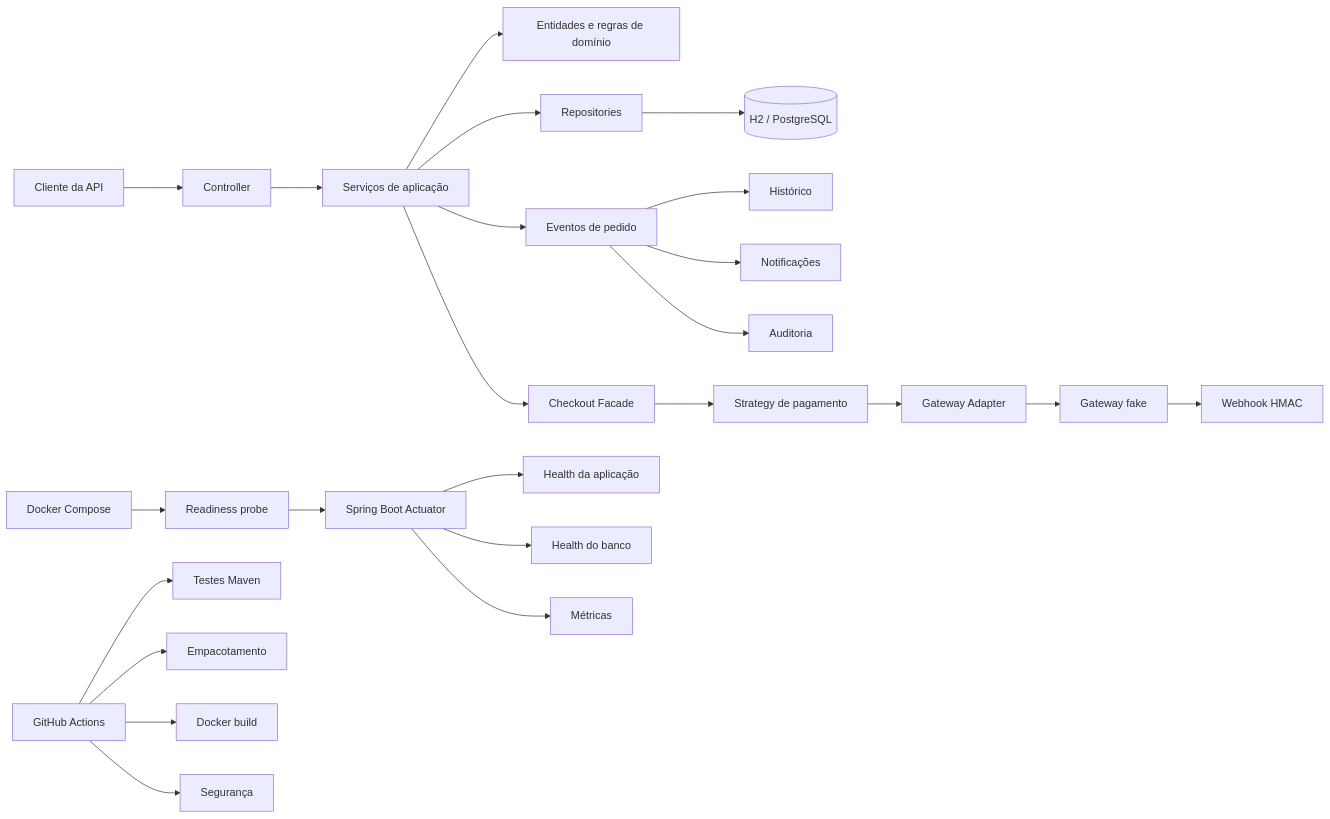
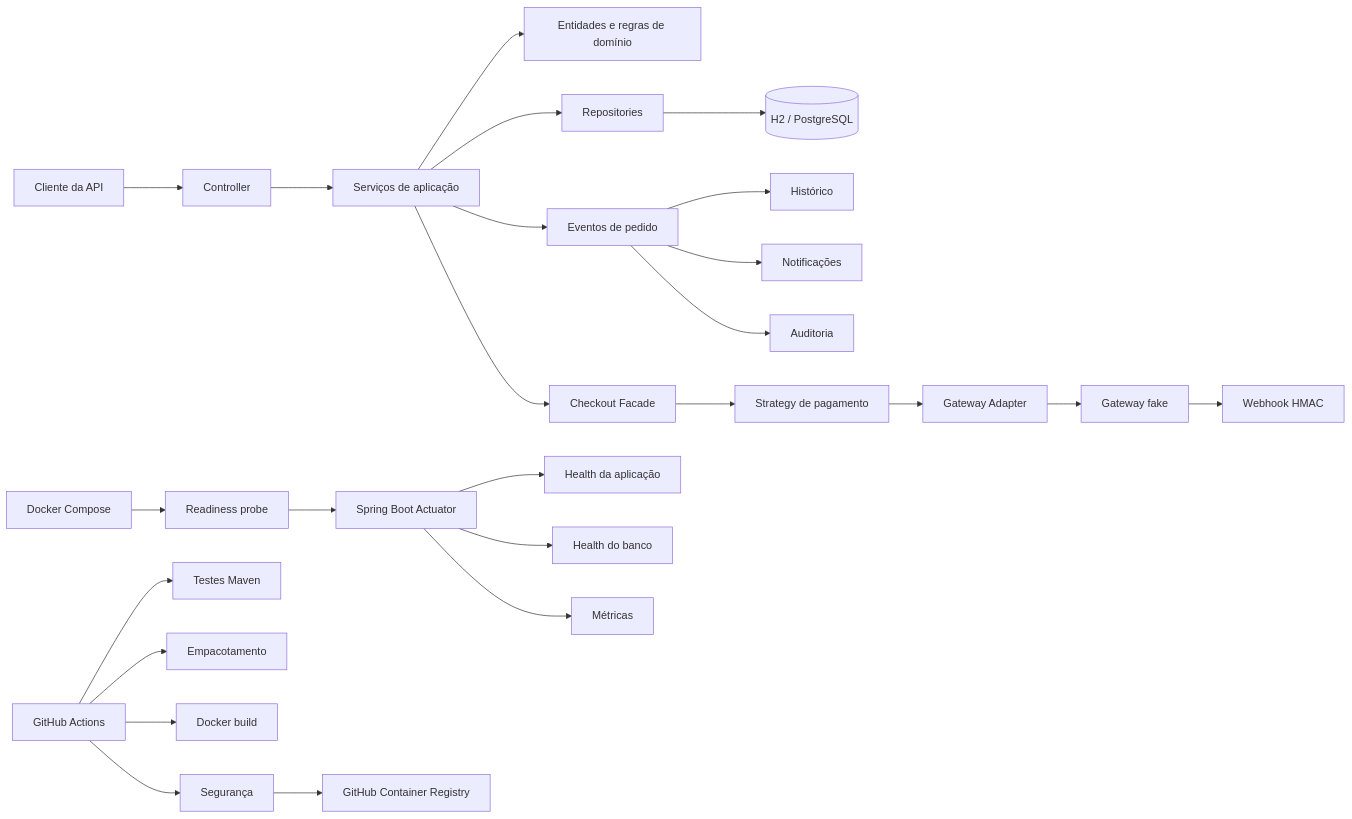
Before and after one commit to FilipeX97/api-de-pedidos: the diagram in README.md, drawn with Mermaid. The commit also changed other lines of this file and 3 other files, not shown here.

````diff
--- a/README.md
+++ b/README.md
@@ -59,31 +65,32 @@
 ```mermaid
 flowchart LR
     Cliente[Cliente da API] --> Controller
     Controller --> Service[Serviços de aplicação]
     Service --> Domain[Entidades e regras de domínio]
     Service --> Repository[Repositories]
     Repository --> Database[(H2 / PostgreSQL)]
 
     Service --> Events[Eventos de pedido]
     Events --> History[Histórico]
     Events --> Notifications[Notificações]
     Events --> Audit[Auditoria]
 
     Service --> Checkout[Checkout Facade]
     Checkout --> PaymentStrategy[Strategy de pagamento]
     PaymentStrategy --> Adapter[Gateway Adapter]
     Adapter --> FakeGateway[Gateway fake]
     FakeGateway --> Webhook[Webhook HMAC]
 
     Monitoring[Spring Boot Actuator] --> ApplicationHealth[Health da aplicação]
     Monitoring --> DatabaseHealth[Health do banco]
     Monitoring --> Metrics[Métricas]
 
     Docker[Docker Compose] --> Readiness[Readiness probe]
     Readiness --> Monitoring
 
     GitHub[GitHub Actions] --> Tests[Testes Maven]
     GitHub --> Package[Empacotamento]
     GitHub --> DockerBuild[Docker build]
     GitHub --> Security[Segurança]
+    Security --> Registry[GitHub Container Registry]
 ```
````
